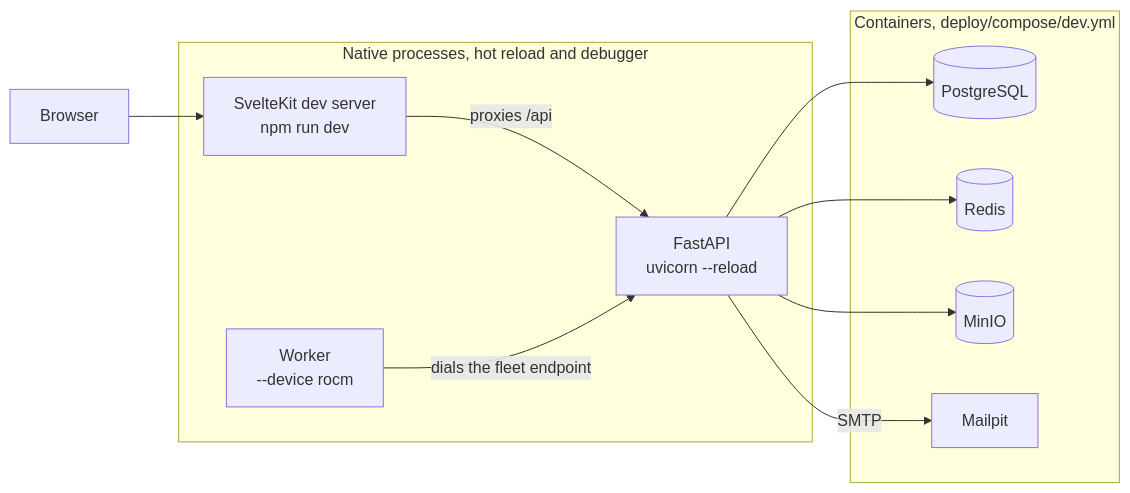
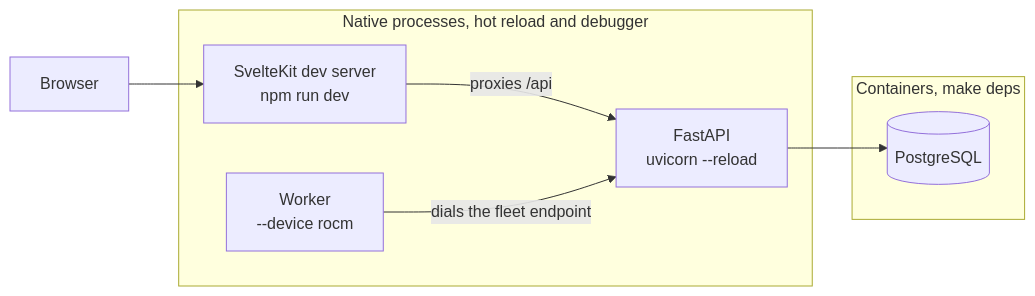
Before and after one commit to Portocolom-Studio/potocolom: the first of 4 diagrams in docs/local-development.md, drawn with Mermaid. The commit also changed other lines of this file and 1 other file, not shown here.

Commit message:
Clarify Python fallback names and default deps diagram.
Address Copilot review on PR #152: use python3.X binary names in the
README, and show only PostgreSQL in the native-loop diagram.

````diff
--- a/docs/local-development.md
+++ b/docs/local-development.md
@@ -51,21 +53,15 @@
 ```mermaid
 flowchart LR
     subgraph NATIVE["Native processes, hot reload and debugger"]
         FE["SvelteKit dev server<br>npm run dev"]
         BE["FastAPI<br>uvicorn --reload"]
         WK["Worker<br>--device rocm"]
     end
-    subgraph DEPS["Containers, deploy/compose/dev.yml"]
+    subgraph DEPS["Containers, make deps"]
         P[("PostgreSQL")]
-        R[("Redis")]
-        M[("MinIO")]
-        MP["Mailpit"]
     end
     B["Browser"] --> FE
     FE -->|"proxies /api"| BE
     WK -->|"dials the fleet endpoint"| BE
     BE --> P
-    BE --> R
-    BE --> M
-    BE -->|"SMTP"| MP
 ```
````
